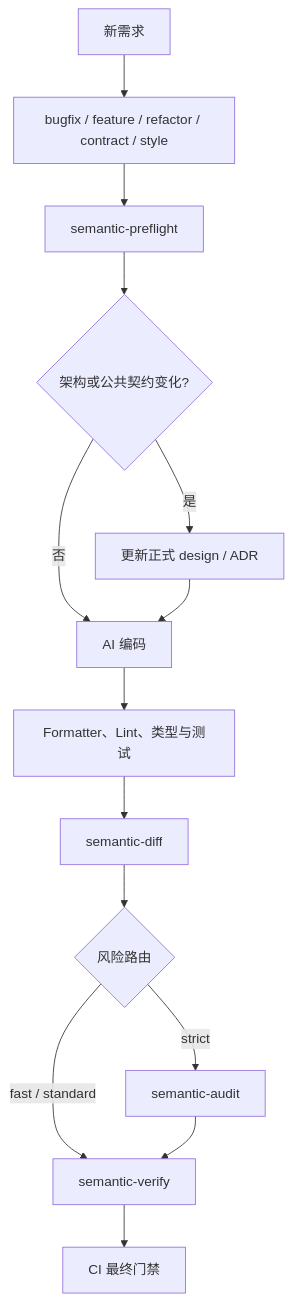
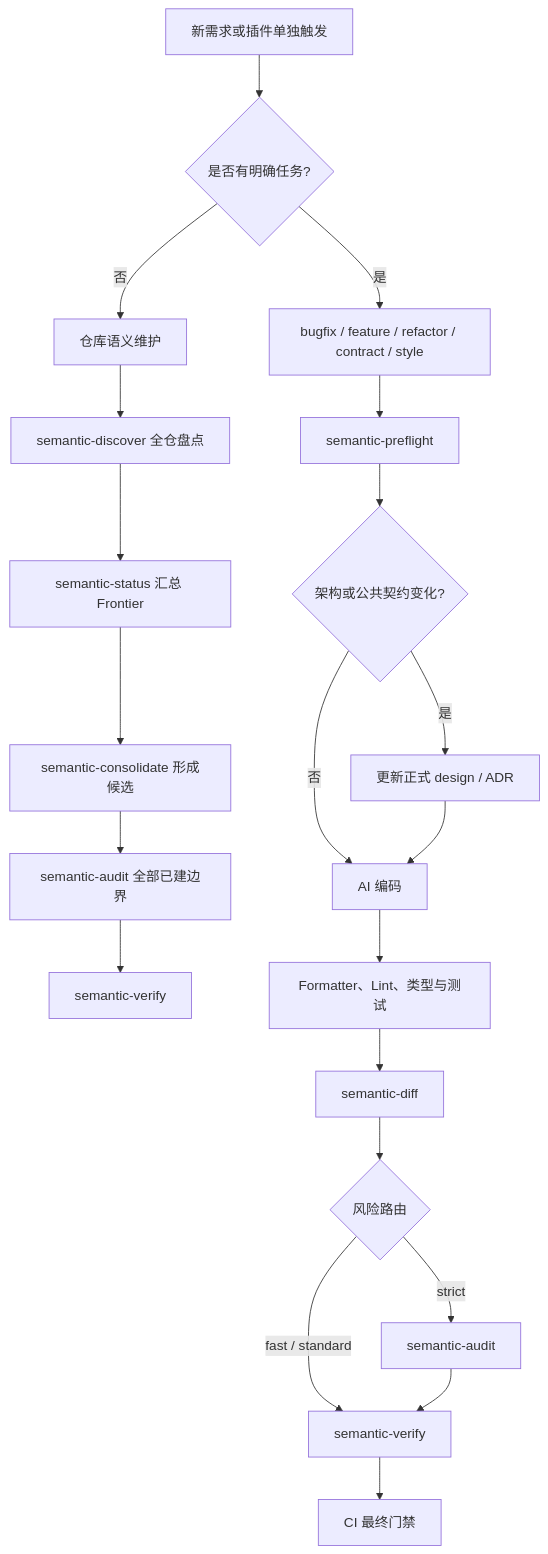
One commit to EchoYue-lp/echo-semantic changed the second of 2 diagrams in README.md. Above: the diagram before and after it, drawn with Mermaid. The commit also changed other lines of this file and 68 other files, not shown here.

````diff
--- a/README.md
+++ b/README.md
@@ -77,16 +78,23 @@
 ```mermaid
 flowchart TD
-  Request[新需求] --> Classify[bugfix / feature / refactor / contract / style]
+  Request[新需求或插件单独触发] --> Scope{是否有明确任务?}
+  Scope -- 否 --> Maintenance[仓库语义维护]
+  Scope -- 是 --> Classify[bugfix / feature / refactor / contract / style]
   Classify --> Preflight[semantic-preflight]
+  Maintenance --> DiscoverAll[semantic-discover 全仓盘点]
+  DiscoverAll --> StatusAll[semantic-status 汇总 Frontier]
+  StatusAll --> ConsolidateAll[semantic-consolidate 形成候选]
+  ConsolidateAll --> AuditAll[semantic-audit 全部已建边界]
+  AuditAll --> VerifyAll[semantic-verify]
   Preflight --> DesignGate{架构或公共契约变化?}
   DesignGate -- 是 --> Authority[更新正式 design / ADR]
   DesignGate -- 否 --> Coding[AI 编码]
   Authority --> Coding
   Coding --> Engineering[Formatter、Lint、类型与测试]
   Engineering --> Diff[semantic-diff]
   Diff --> Risk{风险路由}
   Risk -- fast / standard --> Verify[semantic-verify]
   Risk -- strict --> Audit[semantic-audit]
   Audit --> Verify
   Verify --> CI[CI 最终门禁]
 ```
````
